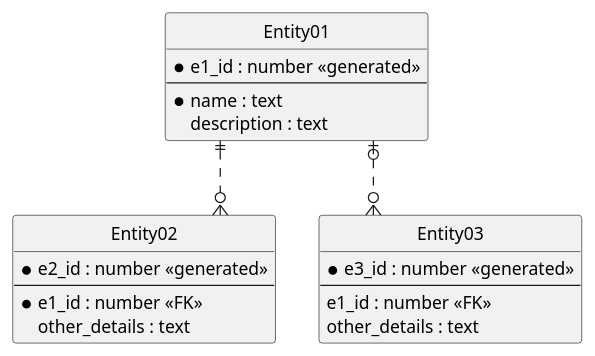
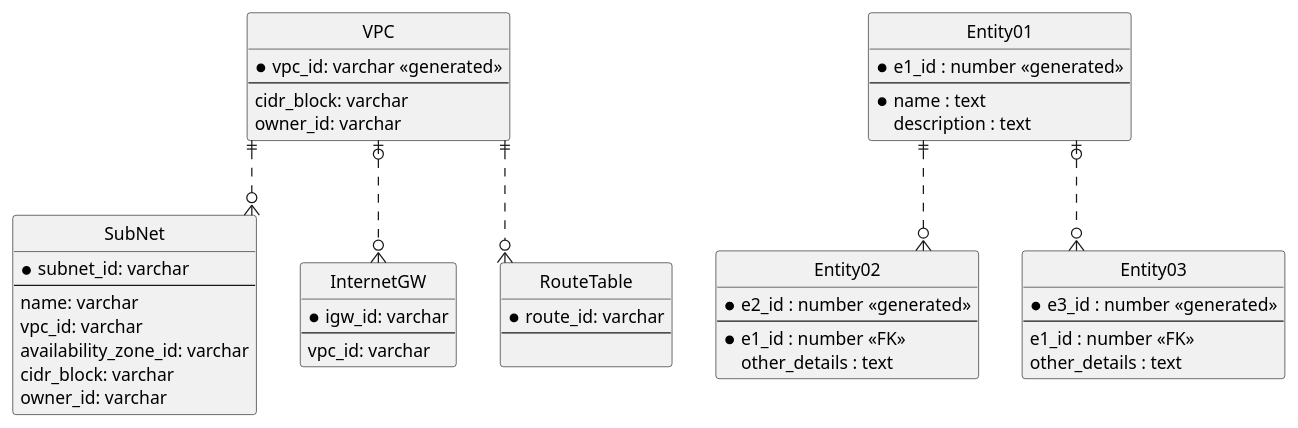
One commit to eifaookfue/aws changed the diagram in erdiagram.pu. Above: the diagram before and after it, drawn with PlantUML.

Commit message:
erdiagram.pu追加

```diff
--- a/erdiagram.pu
+++ b/erdiagram.pu
@@ -1,33 +1,65 @@
 @startuml
 
 ' hide the spot
 hide circle
 
 ' avoid problems with angled crows feet
 skinparam linetype ortho
+
+entity "VPC" as vpc {
+    *vpc_id: varchar <<generated>>
+    --
+    cidr_block: varchar
+    owner_id: varchar
+}
+
+entity "SubNet" as subnet {
+    *subnet_id: varchar
+    --
+    name: varchar
+    vpc_id: varchar
+    availability_zone_id: varchar
+    cidr_block: varchar
+    owner_id: varchar
+}
+
+entity "InternetGW" as igw {
+    *igw_id: varchar
+    --
+    vpc_id: varchar
+}
+
+entity "RouteTable" as routetable {
+    *route_id: varchar
+    --
+
+}
 
 entity "Entity01" as e01 {
   *e1_id : number <<generated>>
   --
   *name : text
   description : text
 }
 
 entity "Entity02" as e02 {
   *e2_id : number <<generated>>
   --
   *e1_id : number <<FK>>
   other_details : text
 }
 
 entity "Entity03" as e03 {
   *e3_id : number <<generated>>
   --
   e1_id : number <<FK>>
   other_details : text
 }
 
 e01 ||..o{ e02
 e01 |o..o{ e03
+vpc ||..o{ subnet
+vpc |o..o{ igw
+vpc ||..o{ routetable
 
 @enduml
```
